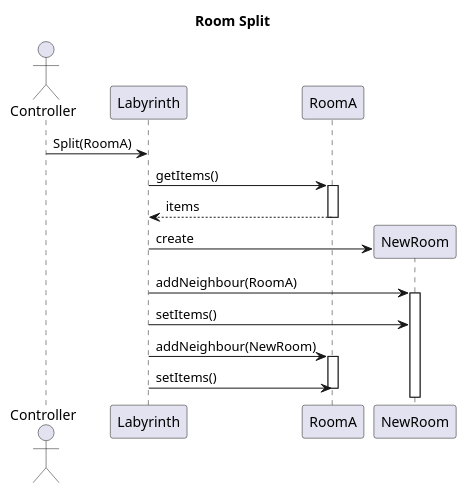
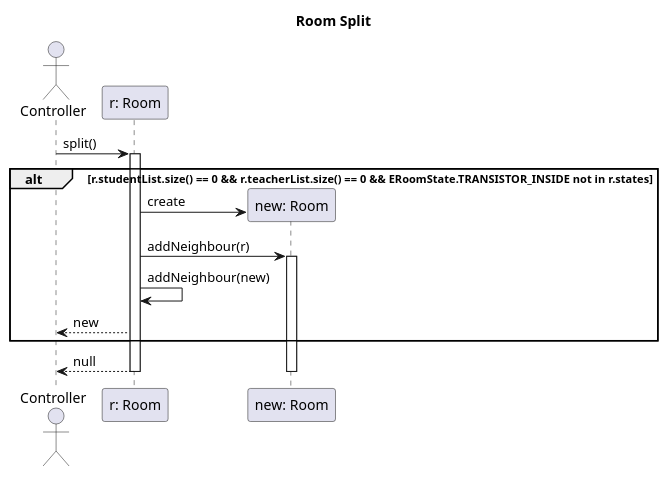
Before and after one commit to MBakter/echo: the diagram in docs/room_split.plantuml, drawn with PlantUML. The commit also changed 3 other files, not shown here.

```diff
--- a/docs/room_split.plantuml
+++ b/docs/room_split.plantuml
@@ -1,25 +1,31 @@
-@startuml
+@startuml splitRoom
 title Room Split
 
+
 actor Controller
- 
-    Controller -> Labyrinth  : Split(RoomA) 
-    Labyrinth -> RoomA : getItems() 
-    activate RoomA
-    /' Labyrinth -> RoomA : getNeighbours()  '/
-    
-        /' Labyrinth <-- RoomA  : rooms '/ 
-        Labyrinth <-- RoomA  : items
-    deactivate RoomA    
+participant "r: Room" as RoomA
+participant "new: Room" as NewRoom
 
-        Labyrinth -> NewRoom ** : create
-        Labyrinth -> NewRoom : addNeighbour(RoomA)
-        activate NewRoom
-        Labyrinth -> NewRoom : setItems()
-        Labyrinth -> RoomA : addNeighbour(NewRoom)
 
-    activate RoomA
-        Labyrinth -> RoomA : setItems()
-    deactivate RoomA  
-    /' deactivate RoomA '/
+Controller -> RoomA  : split()
+activate RoomA
+
+alt r.studentList.size() == 0 && r.teacherList.size() == 0 && ERoomState.TRANSISTOR_INSIDE not in r.states
+RoomA -> NewRoom ** : create
+RoomA -> NewRoom : addNeighbour(r)
+activate NewRoom
+RoomA -> RoomA : addNeighbour(new)
+
+RoomA --> Controller : new
+end
+RoomA --> Controller : null
+
+' szomszédok és itemek elfelezése + statek átadása
+' Alice -> Log : Log attack start
+' loop 1000 times
+' Alice -> Bob: DNS Attack
+' end
+' Alice -> Log : Log attack end
+deactivate NewRoom
+deactivate RoomA
 @enduml
```
